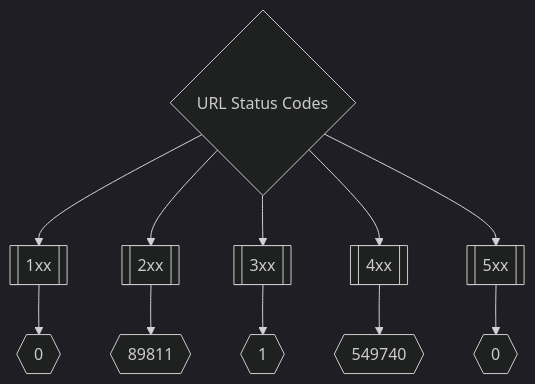
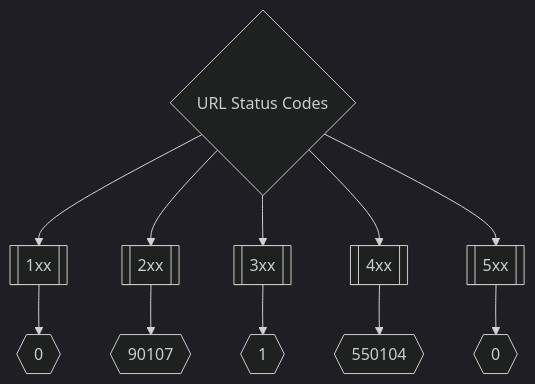
The second of 3 diagrams in README.md (trickest/inventory), drawn with Mermaid (dark theme) before and after one commit. The commit also changed other lines of this file, not shown here.

Commit message:
Update README.md Thu Jun 23 20:44:14 UTC 2022

````diff
--- a/README.md
+++ b/README.md
@@ -175,8 +175,8 @@
 ```mermaid
 graph TD
 title{URL Status Codes} --> 1xx[[1xx]] --> status1xxNum{{0}}
-title --> 2xx[[2xx]] --> status2xxNum{{89811}}
+title --> 2xx[[2xx]] --> status2xxNum{{90107}}
 title --> 3xx[[3xx]] --> status3xxNum{{1}}
-title --> 4xx[[4xx]] --> status4xxNum{{549740}}
+title --> 4xx[[4xx]] --> status4xxNum{{550104}}
 title --> 5xx[[5xx]] --> status5xxNum{{0}}
 ```
````
